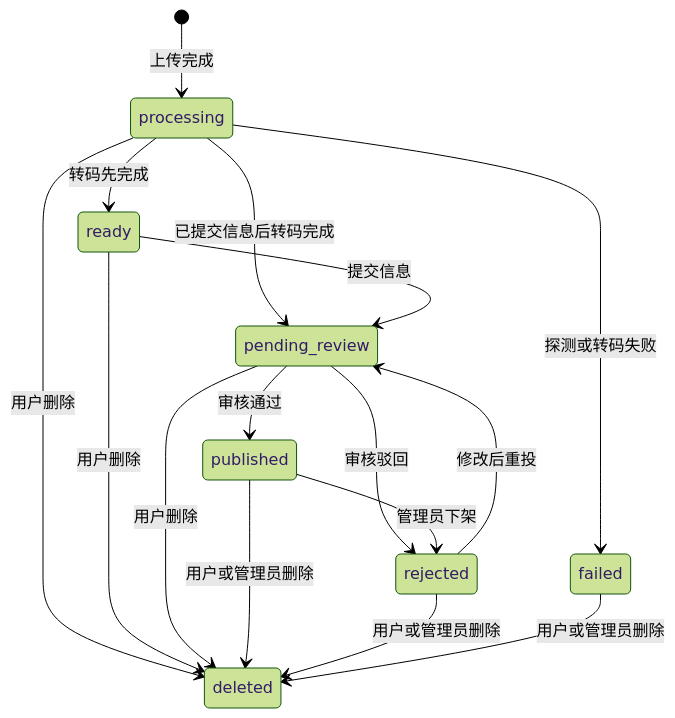
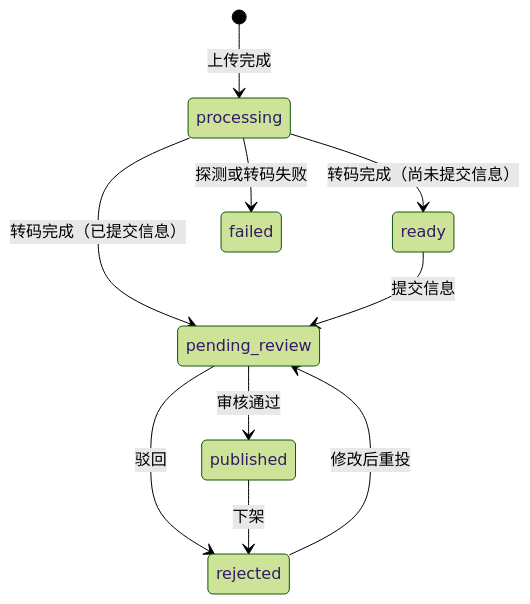
Before and after one commit to Jingmozhiyu/bilibili-lite: the second of 2 diagrams in README.md, drawn with Mermaid (forest theme). The commit also changed other lines of this file and 1 other file, not shown here.

````diff
--- a/README.md
+++ b/README.md
@@ -89,18 +37,12 @@
 ```mermaid
 stateDiagram-v2
     [*] --> processing: 上传完成
-    processing --> ready: 转码先完成
-    processing --> pending_review: 已提交信息后转码完成
+    processing --> ready: 转码完成（尚未提交信息）
+    processing --> pending_review: 转码完成（已提交信息）
     processing --> failed: 探测或转码失败
     ready --> pending_review: 提交信息
     pending_review --> published: 审核通过
-    pending_review --> rejected: 审核驳回
+    pending_review --> rejected: 驳回
     rejected --> pending_review: 修改后重投
-    published --> rejected: 管理员下架
-    processing --> deleted: 用户删除
-    ready --> deleted: 用户删除
-    pending_review --> deleted: 用户删除
-    published --> deleted: 用户或管理员删除
-    rejected --> deleted: 用户或管理员删除
-    failed --> deleted: 用户或管理员删除
+    published --> rejected: 下架
 ```
````
